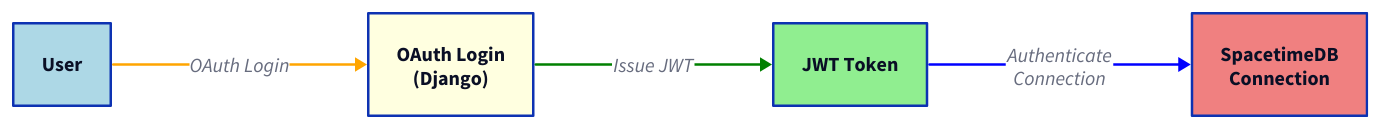
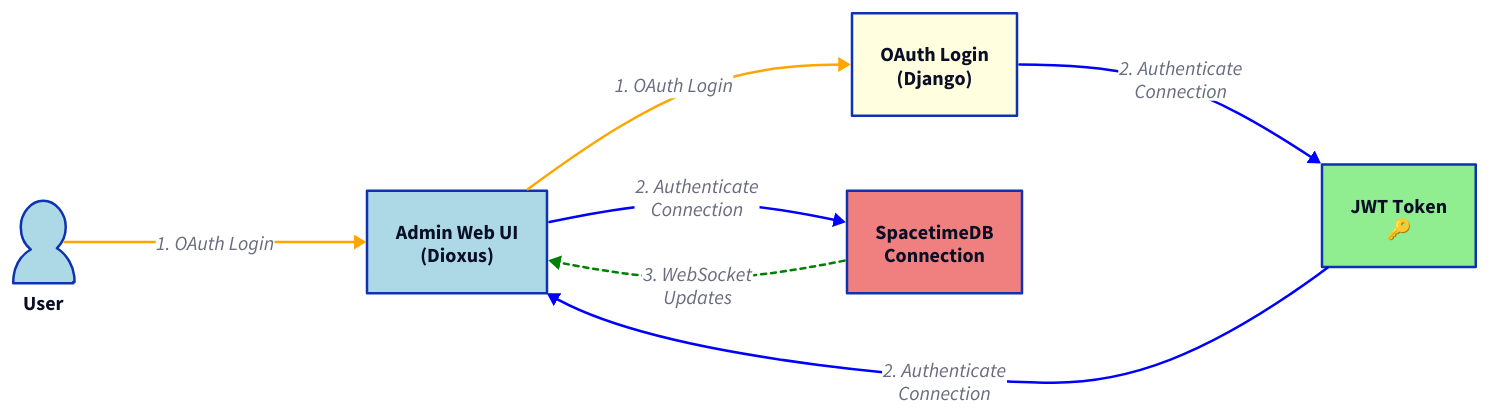
The diagram in docs/src/core/architecture-auth-flow.d2 (enaut/kommunikationszentrum), drawn with D2 before and after one commit. The commit also changed 4 other files, not shown here.

Commit message:
improve introduction and architecture overview.

```diff
--- a/docs/src/core/architecture-auth-flow.d2
+++ b/docs/src/core/architecture-auth-flow.d2
@@ -1,9 +1,13 @@
 direction: right
-user: "User" { style.fill: lightblue }
+user: "User" {
+shape: person
+style.fill: lightblue
+}
+admin_ui: "Admin Web UI\n(Dioxus)" { style.fill: lightblue }
 django: "OAuth Login\n(Django)" { style.fill: lightyellow }
-jwt: "JWT Token" { style.fill: lightgreen }
+jwt: "JWT Token\n🔑" { style.fill: lightgreen }
 spacetimedb: "SpacetimeDB\nConnection" { style.fill: lightcoral }
 
-user -> django: "OAuth Login" { style.stroke: orange }
-django -> jwt: "Issue JWT" { style.stroke: green }
-jwt -> spacetimedb: "Authenticate\nConnection" { style.stroke: blue }
+user -> admin_ui -> django: "1. OAuth Login" { style.stroke: orange }
+django -> jwt -> admin_ui -> spacetimedb: "2. Authenticate\nConnection" { style.stroke: blue }
+spacetimedb -> admin_ui: "3. WebSocket\nUpdates" { style.stroke: green; style.stroke-dash: 2 }
```
